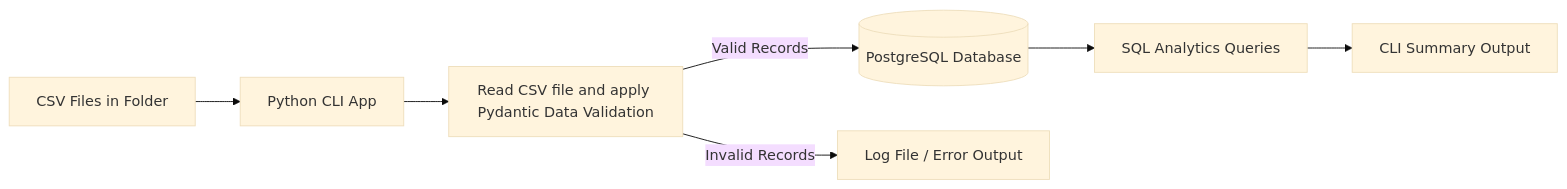
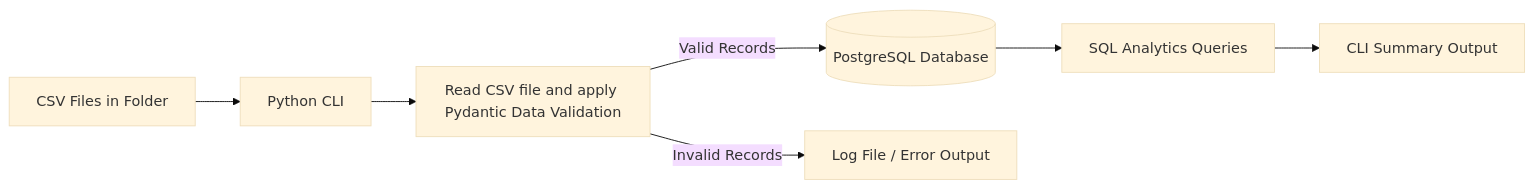
Before and after one commit to gillharleen/eval_m0: the first of 2 diagrams in README.md, drawn with Mermaid (base theme). The commit also changed other lines of this file and 9 other files, not shown here.

````diff
--- a/README.md
+++ b/README.md
@@ -23,9 +23,9 @@
 ```mermaid
 flowchart LR
-    A[CSV Files in Folder] --> B[Python CLI App]
+    A[CSV Files in Folder] --> B[Python CLI]
     B --> C[Read CSV file and apply Pydantic Data Validation]
     C -->|Valid Records| D[(PostgreSQL Database)]
     C -->|Invalid Records| E[Log File / Error Output]
     D --> F[SQL Analytics Queries]
     F --> G[CLI Summary Output]
 ```
````
